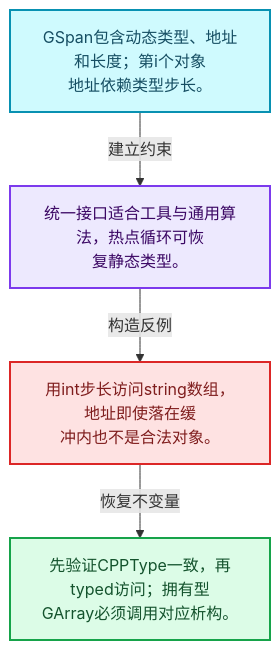
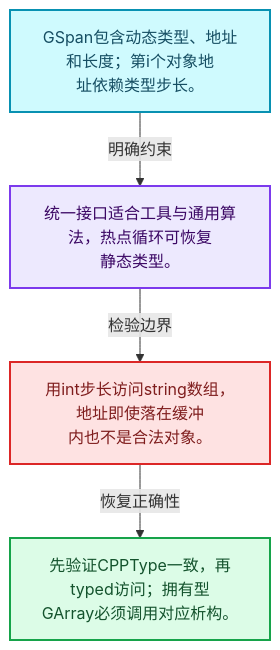
The first of 4 diagrams in 杂/markdown/全面学习-codex/03-内存分配与运行时类型/11-GSpan与GArray.md (yunkezengren/blender-.vscode), drawn with Mermaid before and after one commit. The commit also changed other lines of this file and 1930 other files, not shown here.

````diff
--- a/杂/markdown/全面学习-codex/03-内存分配与运行时类型/11-GSpan与GArray.md
+++ b/杂/markdown/全面学习-codex/03-内存分配与运行时类型/11-GSpan与GArray.md
@@ -29,16 +29,16 @@
 ```mermaid
 flowchart TB
-  M["GSpan包含动态类型、地址和长度；第i个对象<br/>地址依赖类型步长。"]:::data
-  T["统一接口适合工具与通用算法，热点循环可恢<br/>复静态类型。"]:::abstraction
-  X["用int步长访问string数组，地址即使落在缓<br/>冲内也不是合法对象。"]:::error
-  A["先验证CPPType一致，再typed访问；拥有型<br/>GArray必须调用对应析构。"]:::result
-  M -->|"建立约束"| T
-  T -->|"构造反例"| X
-  X -->|"恢复不变量"| A
+  M["GSpan包含动态类型、地址和长度；第i个对象地<br/>址依赖类型步长。"]:::data
+  C["统一接口适合工具与通用算法，热点循环可恢复<br/>静态类型。"]:::abstraction
+  B["用int步长访问string数组，地址即使落在缓冲<br/>内也不是合法对象。"]:::error
+  R["先验证CPPType一致，再typed访问；拥有型<br/>GArray必须调用对应析构。"]:::result
+  M -->|"明确约束"| C
+  C -->|"检验边界"| B
+  B -->|"恢复正确性"| R
   classDef input fill:#DBEAFE,stroke:#2563EB,color:#172554,stroke-width:2px;
   classDef data fill:#CFFAFE,stroke:#0891B2,color:#164E63,stroke-width:2px;
   classDef abstraction fill:#EDE9FE,stroke:#7C3AED,color:#3B0764,stroke-width:2px;
   classDef compute fill:#FEF3C7,stroke:#D97706,color:#78350F,stroke-width:2px;
   classDef result fill:#DCFCE7,stroke:#16A34A,color:#14532D,stroke-width:2px;
   classDef error fill:#FEE2E2,stroke:#DC2626,color:#7F1D1D,stroke-width:2px;
 ```
````
